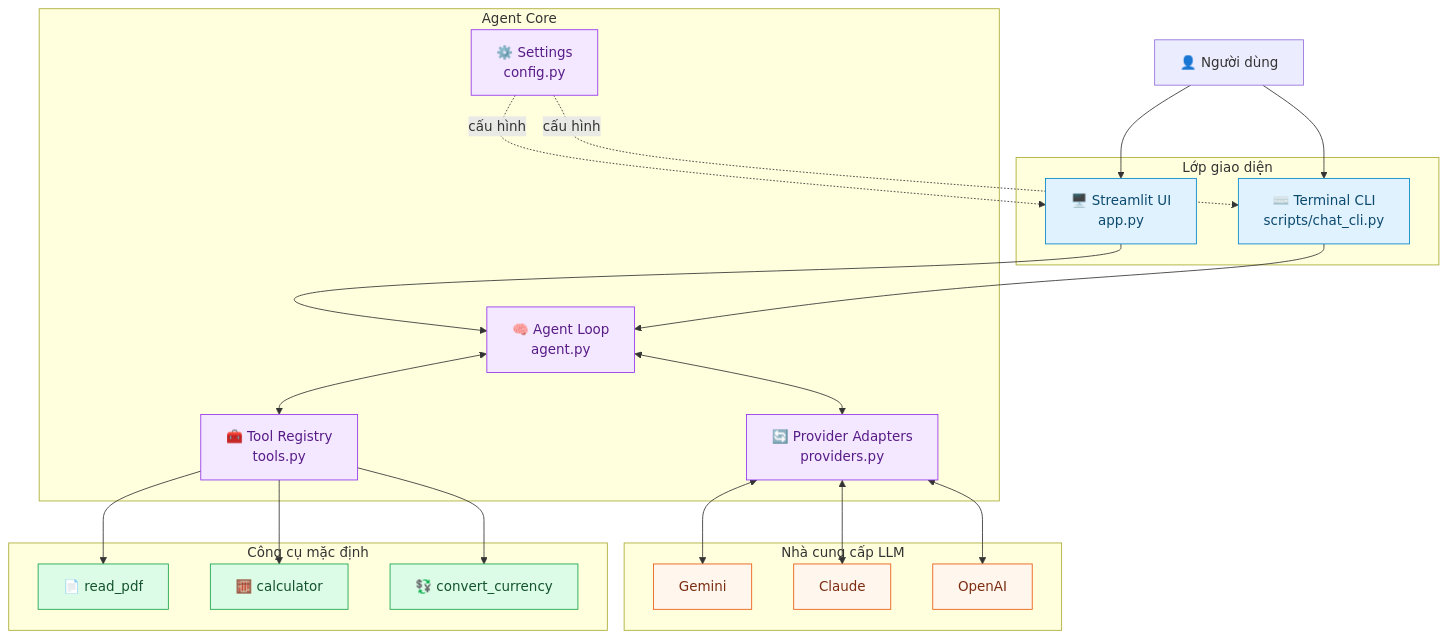
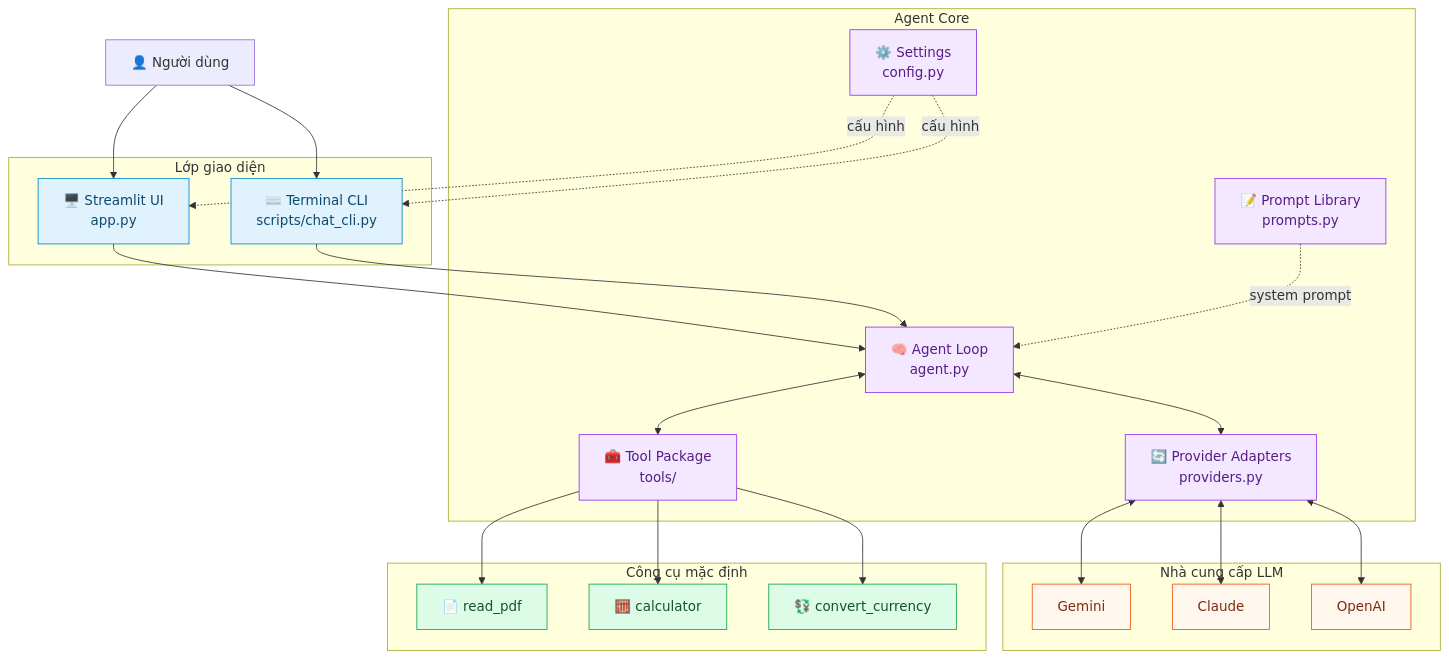
The second of 3 diagrams in README.md (breslee1707/AI_AGENT_FROM_ZERO), drawn with Mermaid before and after one commit. The commit also changed other lines of this file and 12 other files, not shown here.

Commit message:
refactor: modularize prompts and tools

````diff
--- a/README.md
+++ b/README.md
@@ -66,52 +66,54 @@
 ```mermaid
 flowchart TB
     U["👤 Người dùng"]
 
     subgraph I["Lớp giao diện"]
         WEB["🖥️ Streamlit UI<br/>app.py"]
         CLI["⌨️ Terminal CLI<br/>scripts/chat_cli.py"]
     end
 
     subgraph C["Agent Core"]
         AGENT["🧠 Agent Loop<br/>agent.py"]
+        PROMPT["📝 Prompt Library<br/>prompts.py"]
         CONFIG["⚙️ Settings<br/>config.py"]
         ADAPTER["🔄 Provider Adapters<br/>providers.py"]
-        REGISTRY["🧰 Tool Registry<br/>tools.py"]
+        REGISTRY["🧰 Tool Package<br/>tools/"]
     end
 
     subgraph L["Nhà cung cấp LLM"]
         GEMINI["Gemini"]
         CLAUDE["Claude"]
         OPENAI["OpenAI"]
     end
 
     subgraph T["Công cụ mặc định"]
         PDF["📄 read_pdf"]
         CALC["🧮 calculator"]
         FX["💱 convert_currency"]
     end
 
     U --> WEB
     U --> CLI
     WEB --> AGENT
     CLI --> AGENT
     CONFIG -. cấu hình .-> WEB
     CONFIG -. cấu hình .-> CLI
+    PROMPT -. system prompt .-> AGENT
     AGENT <--> ADAPTER
     ADAPTER <--> GEMINI
     ADAPTER <--> CLAUDE
     ADAPTER <--> OPENAI
     AGENT <--> REGISTRY
     REGISTRY --> PDF
     REGISTRY --> CALC
     REGISTRY --> FX
 
     classDef interface fill:#E0F2FE,stroke:#0284C7,color:#0C4A6E;
     classDef core fill:#F3E8FF,stroke:#9333EA,color:#581C87;
     classDef provider fill:#FFF7ED,stroke:#EA580C,color:#7C2D12;
     classDef tool fill:#DCFCE7,stroke:#16A34A,color:#14532D;
     class WEB,CLI interface;
-    class AGENT,CONFIG,ADAPTER,REGISTRY core;
+    class AGENT,PROMPT,CONFIG,ADAPTER,REGISTRY core;
     class GEMINI,CLAUDE,OPENAI provider;
     class PDF,CALC,FX tool;
 ```
````
